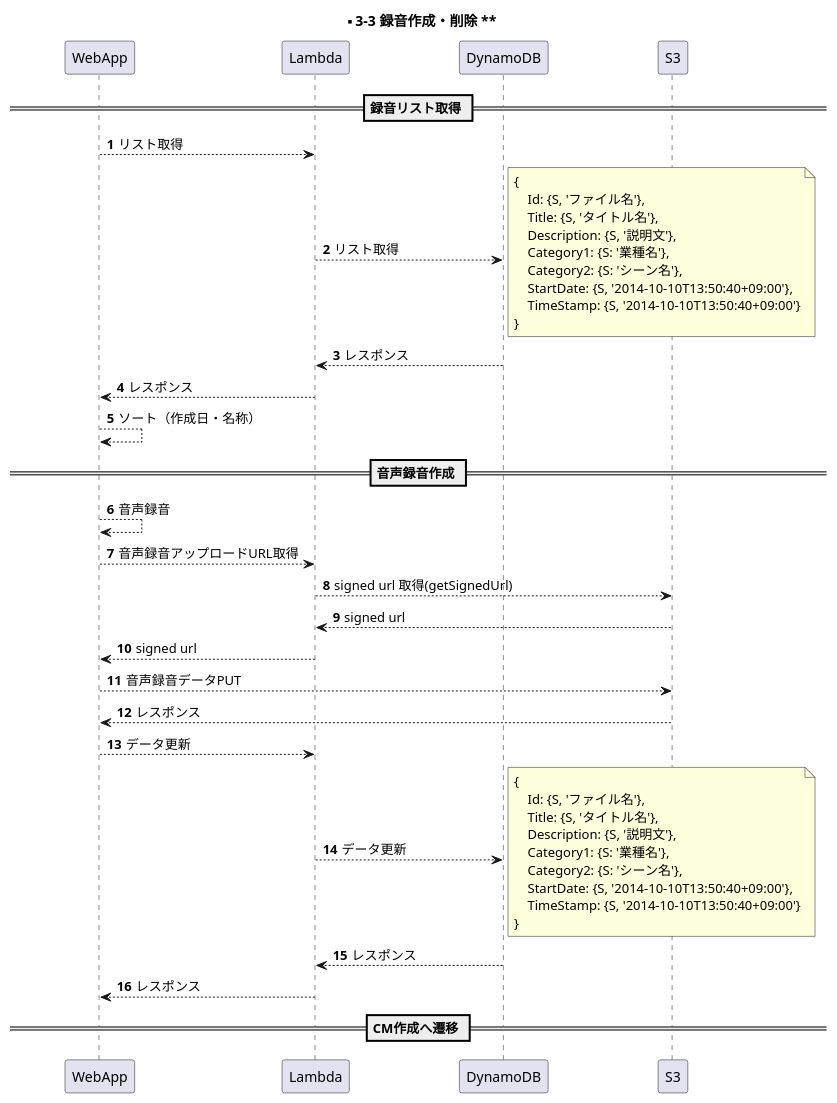
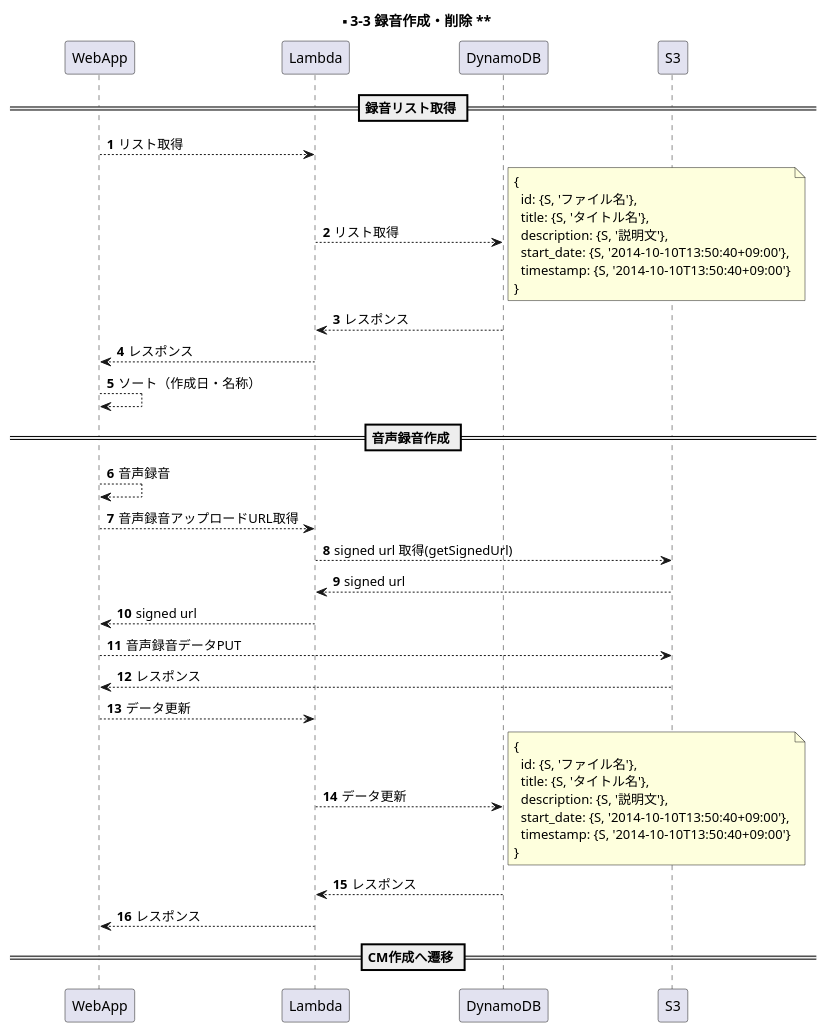
Before and after one commit to y-watanabe-usen/umesse-test: the diagram in documents/uml/s3-3.wsd, drawn with PlantUML. The commit also changed 19 other files, not shown here.

```diff
--- a/documents/uml/s3-3.wsd
+++ b/documents/uml/s3-3.wsd
@@ -1,56 +1,52 @@
 @startuml s3-3
 
 participant WebApp order 1
 participant Lambda order 2
 participant DynamoDB order 3
 participant S3 order 4
 skinparam ParticipantPadding 50
 autonumber
 
 title ** 3-3 録音作成・削除 **
 
 == 録音リスト取得 ==
 WebApp --> Lambda: リスト取得
 Lambda --> DynamoDB: リスト取得
 note right
 {
-    Id: {S, 'ファイル名'},
-    Title: {S, 'タイトル名'},
-    Description: {S, '説明文'},
-    Category1: {S: '業種名'},
-    Category2: {S: 'シーン名'},
-    StartDate: {S, '2014-10-10T13:50:40+09:00'},
-    TimeStamp: {S, '2014-10-10T13:50:40+09:00'}
+  id: {S, 'ファイル名'},
+  title: {S, 'タイトル名'},
+  description: {S, '説明文'},
+  start_date: {S, '2014-10-10T13:50:40+09:00'},
+  timestamp: {S, '2014-10-10T13:50:40+09:00'}
 }
 end note
 Lambda <-- DynamoDB: レスポンス
 WebApp <-- Lambda: レスポンス
 WebApp --> WebApp: ソート（作成日・名称）
 
 == 音声録音作成 ==
 WebApp --> WebApp: 音声録音
 WebApp --> Lambda: 音声録音アップロードURL取得
 Lambda --> S3: signed url 取得(getSignedUrl)
 Lambda <-- S3: signed url
 WebApp <-- Lambda: signed url
 WebApp --> S3: 音声録音データPUT
 WebApp <-- S3: レスポンス
 WebApp --> Lambda: データ更新
 Lambda --> DynamoDB: データ更新
 note right
 {
-    Id: {S, 'ファイル名'},
-    Title: {S, 'タイトル名'},
-    Description: {S, '説明文'},
-    Category1: {S: '業種名'},
-    Category2: {S: 'シーン名'},
-    StartDate: {S, '2014-10-10T13:50:40+09:00'},
-    TimeStamp: {S, '2014-10-10T13:50:40+09:00'}
+  id: {S, 'ファイル名'},
+  title: {S, 'タイトル名'},
+  description: {S, '説明文'},
+  start_date: {S, '2014-10-10T13:50:40+09:00'},
+  timestamp: {S, '2014-10-10T13:50:40+09:00'}
 }
 end note
 Lambda <-- DynamoDB: レスポンス
 WebApp <-- Lambda: レスポンス
 
 == CM作成へ遷移 ==
 
 @enduml
```
